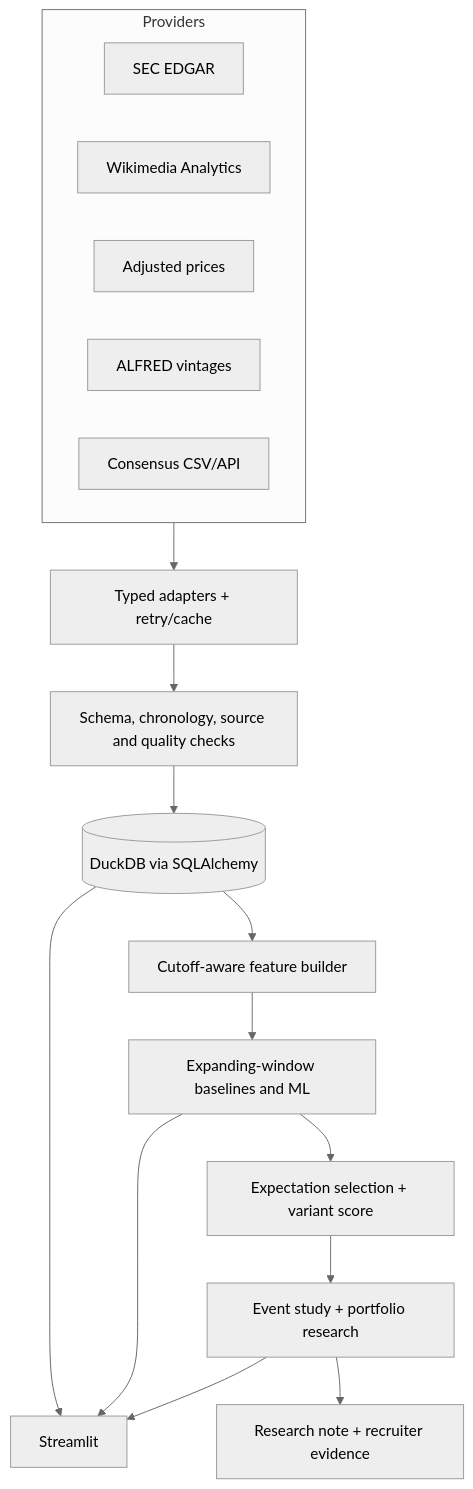
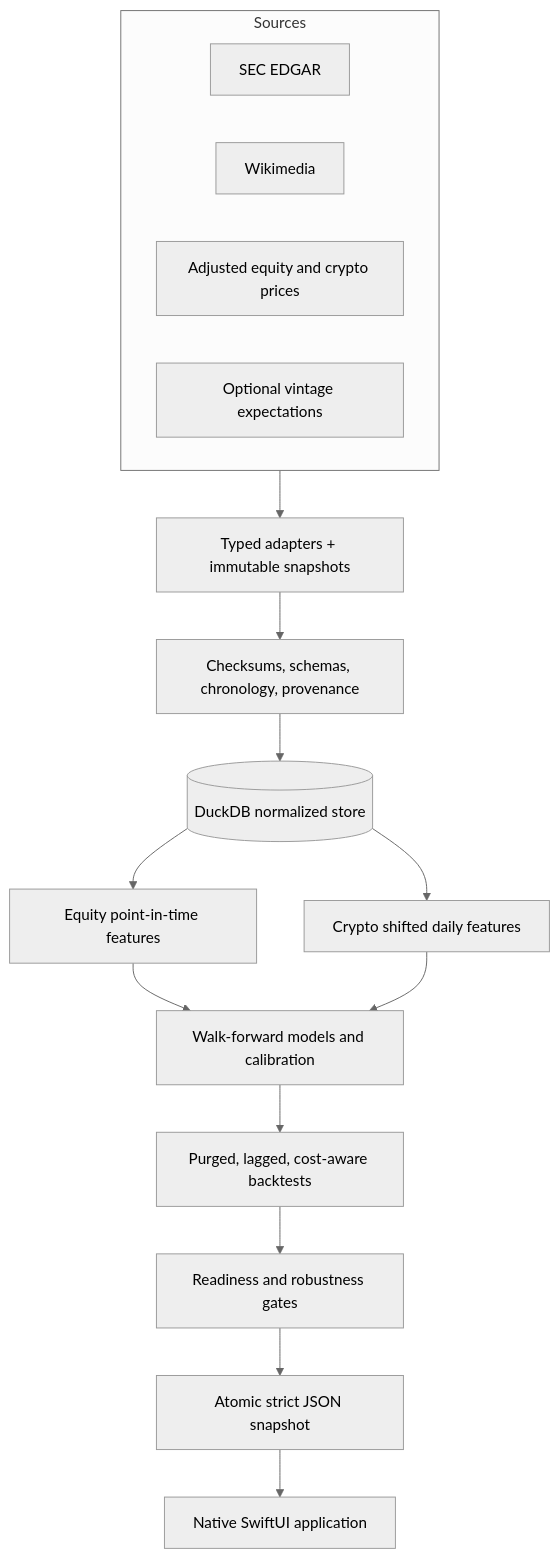
The diagram in docs/architecture.md (james8464/nowcaster), drawn with Mermaid (neutral theme) before and after one commit. The commit also changed other lines of this file and 20 other files, not shown here.

````diff
--- a/docs/architecture.md
+++ b/docs/architecture.md
@@ -7,21 +7,20 @@
 ```mermaid
 flowchart TD
-    subgraph Providers
+    subgraph Sources
       SEC[SEC EDGAR]
-      Wiki[Wikimedia Analytics]
-      Prices[Adjusted prices]
-      Macro[ALFRED vintages]
-      Estimates[Consensus CSV/API]
+      Wiki[Wikimedia]
+      Prices[Adjusted equity and crypto prices]
+      Estimates[Optional vintage expectations]
     end
-    Providers --> Ingest[Typed adapters + retry/cache]
-    Ingest --> Validate[Schema, chronology, source and quality checks]
-    Validate --> DB[(DuckDB via SQLAlchemy)]
-    DB --> Features[Cutoff-aware feature builder]
-    Features --> Models[Expanding-window baselines and ML]
-    Models --> Variant[Expectation selection + variant score]
-    Variant --> Event[Event study + portfolio research]
-    DB --> UI[Streamlit]
-    Models --> UI
-    Event --> UI
-    Event --> Reports[Research note + recruiter evidence]
+    Sources --> Ingest[Typed adapters + immutable snapshots]
+    Ingest --> Validate[Checksums, schemas, chronology, provenance]
+    Validate --> DB[(DuckDB normalized store)]
+    DB --> Equity[Equity point-in-time features]
+    DB --> Crypto[Crypto shifted daily features]
+    Equity --> Models[Walk-forward models and calibration]
+    Crypto --> Models
+    Models --> Backtests[Purged, lagged, cost-aware backtests]
+    Backtests --> Gates[Readiness and robustness gates]
+    Gates --> Export[Atomic strict JSON snapshot]
+    Export --> Swift[Native SwiftUI application]
 ```
````
